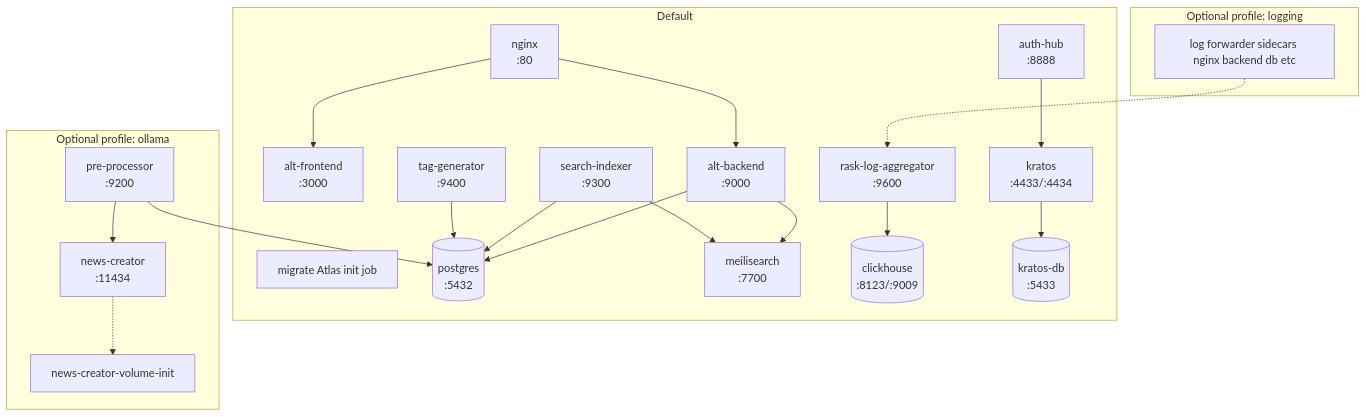
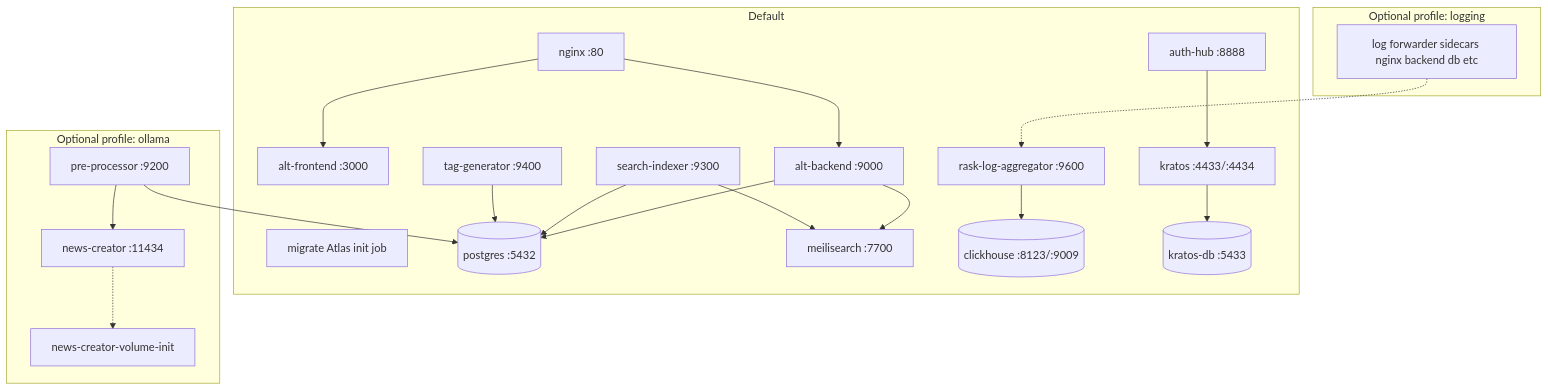
Before and after one commit to Kaikei-e/Alt: the sixth of 10 diagrams in README.md, drawn with Mermaid.

Commit message:
Update: Standardize formatting in README for service descriptions
This commit modifies the README file to standardize the formatting of service descriptions in the flowchart. The changes involve removing unnecessary line breaks and ensuring consistent spacing, which enhances the overall readability and clarity of the documentation.

````diff
--- a/README.md
+++ b/README.md
@@ -405,43 +405,43 @@
 ```mermaid
 flowchart TB
     subgraph Default
-        NGX[nginx\n:80]
-        FE[alt-frontend\n:3000]
-        BE[alt-backend\n:9000]
+        NGX[nginx :80]
+        FE[alt-frontend :3000]
+        BE[alt-backend :9000]
         MIGRATE[migrate Atlas init job]
-        DB[(postgres\n:5432)]
-        SEARCHIDX[search-indexer\n:9300]
-        TAGGER[tag-generator\n:9400]
-        MEILI[meilisearch\n:7700]
-        LOGAGG[rask-log-aggregator\n:9600]
-        CLICK[(clickhouse\n:8123/:9009)]
-        KRATOSDB[(kratos-db\n:5433)]
-        KRATOS[kratos\n:4433/:4434]
-        AUTH[auth-hub\n:8888]
+        DB[(postgres :5432)]
+        SEARCHIDX[search-indexer :9300]
+        TAGGER[tag-generator :9400]
+        MEILI[meilisearch :7700]
+        LOGAGG[rask-log-aggregator :9600]
+        CLICK[(clickhouse :8123/:9009)]
+        KRATOSDB[(kratos-db :5433)]
+        KRATOS[kratos :4433/:4434]
+        AUTH[auth-hub :8888]
     end
 
     subgraph Profile_Ollama [Optional profile: ollama]
         OLLAMA_INIT[news-creator-volume-init]
-        NEWS[news-creator\n:11434]
-        PREPROC[pre-processor\n:9200]
+        NEWS[news-creator :11434]
+        PREPROC[pre-processor :9200]
     end
 
     subgraph Profile_Logging [Optional profile: logging]
         LOGFWD[log forwarder sidecars nginx backend db etc]
     end
 
     NGX --> FE
     NGX --> BE
     BE --> DB
     BE --> MEILI
     SEARCHIDX --> DB
     SEARCHIDX --> MEILI
     TAGGER --> DB
     LOGAGG --> CLICK
     LOGFWD -.-> LOGAGG
     PREPROC --> DB
     PREPROC --> NEWS
     NEWS -.-> OLLAMA_INIT
     AUTH --> KRATOS
     KRATOS --> KRATOSDB
 ```
````
